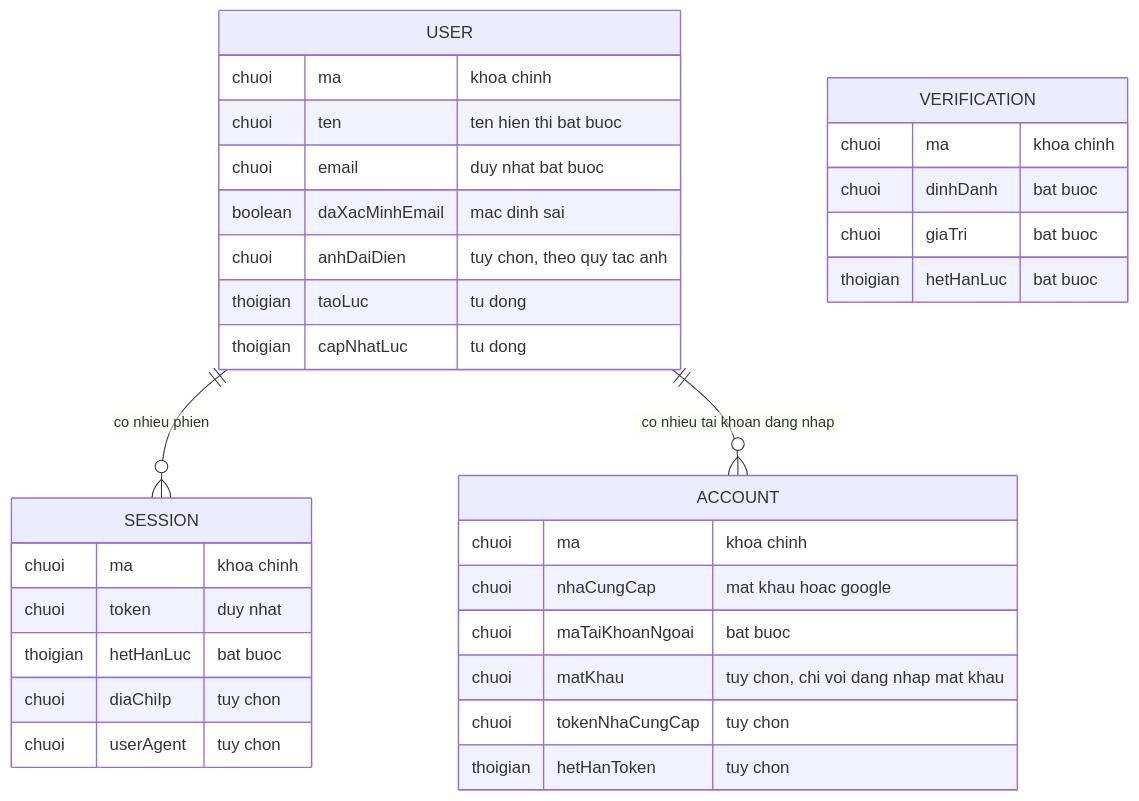
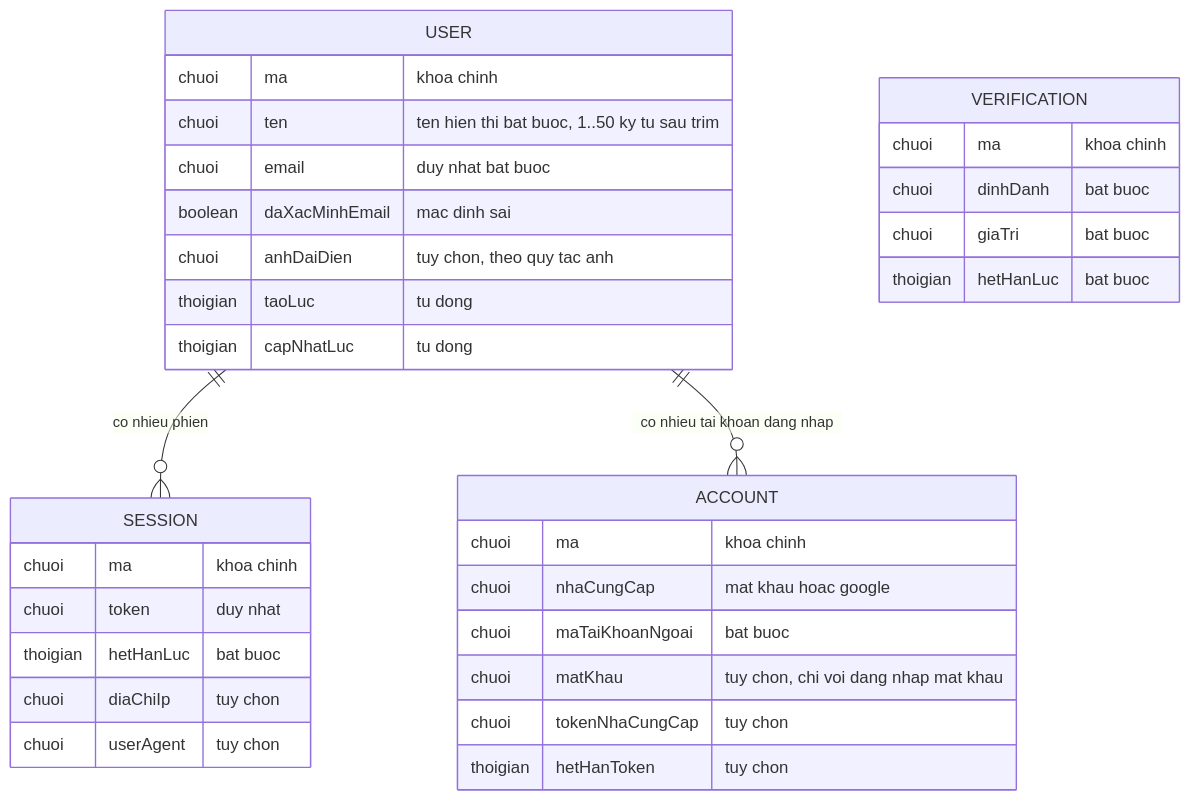
One commit to vinh19410/vox-flow changed the diagram in docs/_reverse/auth-account/srs/auth-account-reverse-erd.md. Above: the diagram before and after it, drawn with Mermaid. The commit also changed other lines of this file and 14 other files, not shown here.

````diff
--- a/docs/_reverse/auth-account/srs/auth-account-reverse-erd.md
+++ b/docs/_reverse/auth-account/srs/auth-account-reverse-erd.md
@@ -9,35 +10,35 @@
 ```mermaid
 erDiagram
     USER ||--o{ SESSION : "co nhieu phien"
     USER ||--o{ ACCOUNT : "co nhieu tai khoan dang nhap"
     USER {
         chuoi ma "khoa chinh"
-        chuoi ten "ten hien thi bat buoc"
+        chuoi ten "ten hien thi bat buoc, 1..50 ky tu sau trim"
         chuoi email "duy nhat bat buoc"
         boolean daXacMinhEmail "mac dinh sai"
         chuoi anhDaiDien "tuy chon, theo quy tac anh"
         thoigian taoLuc "tu dong"
         thoigian capNhatLuc "tu dong"
     }
     SESSION {
         chuoi ma "khoa chinh"
         chuoi token "duy nhat"
         thoigian hetHanLuc "bat buoc"
         chuoi diaChiIp "tuy chon"
         chuoi userAgent "tuy chon"
     }
     ACCOUNT {
         chuoi ma "khoa chinh"
         chuoi nhaCungCap "mat khau hoac google"
         chuoi maTaiKhoanNgoai "bat buoc"
         chuoi matKhau "tuy chon, chi voi dang nhap mat khau"
         chuoi tokenNhaCungCap "tuy chon"
         thoigian hetHanToken "tuy chon"
     }
     VERIFICATION {
         chuoi ma "khoa chinh"
         chuoi dinhDanh "bat buoc"
         chuoi giaTri "bat buoc"
         thoigian hetHanLuc "bat buoc"
     }
 ```
````
